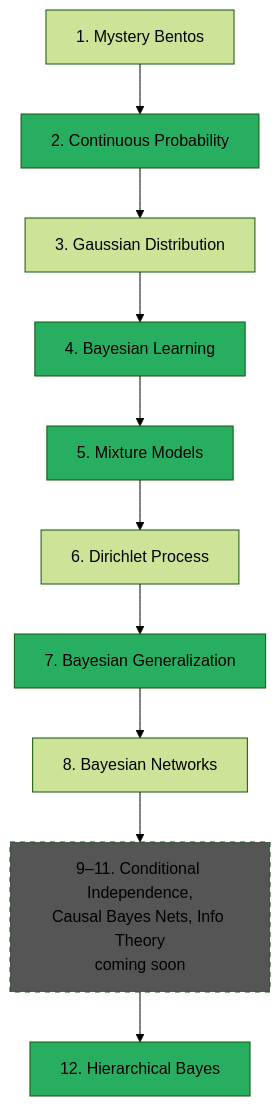
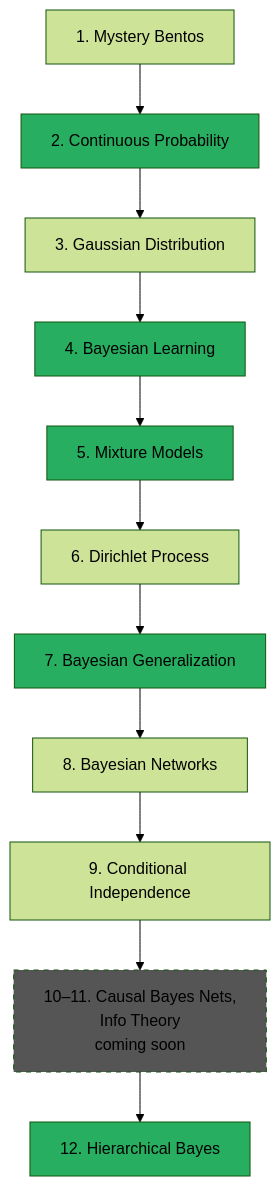
The diagram in content/intro2/_index.md (josephausterweil/probintro), drawn with Mermaid (forest theme) before and after one commit. The commit also changed other lines of this file and 2 other files, not shown here.

First line of the commit message:
T3 Ch9: Conditional Independence and d-Separation

````diff
--- a/content/intro2/_index.md
+++ b/content/intro2/_index.md
@@ -34,21 +34,22 @@
 ```mermaid
 graph TB
     A[1. Mystery Bentos] --> B[2. Continuous Probability]
     B --> C[3. Gaussian Distribution]
     C --> D[4. Bayesian Learning]
     D --> E[5. Mixture Models]
     E --> F[6. Dirichlet Process]
     F --> G[7. Bayesian Generalization]
     G --> H[8. Bayesian Networks]
-    H --> S[9–11. Conditional Independence,<br/>Causal Bayes Nets, Info Theory<br/>coming soon]
+    H --> I[9. Conditional Independence]
+    I --> S[10–11. Causal Bayes Nets,<br/>Info Theory<br/>coming soon]
     S --> L[12. Hierarchical Bayes]
 
     style B fill:#27ae60
     style D fill:#27ae60
     style E fill:#27ae60
     style G fill:#27ae60
     style L fill:#27ae60
     style S fill:#555,stroke-dasharray: 5 5
 
     classDef foundational fill:#27ae60,stroke:#333,stroke-width:2px,color:#fff
 ```
````
